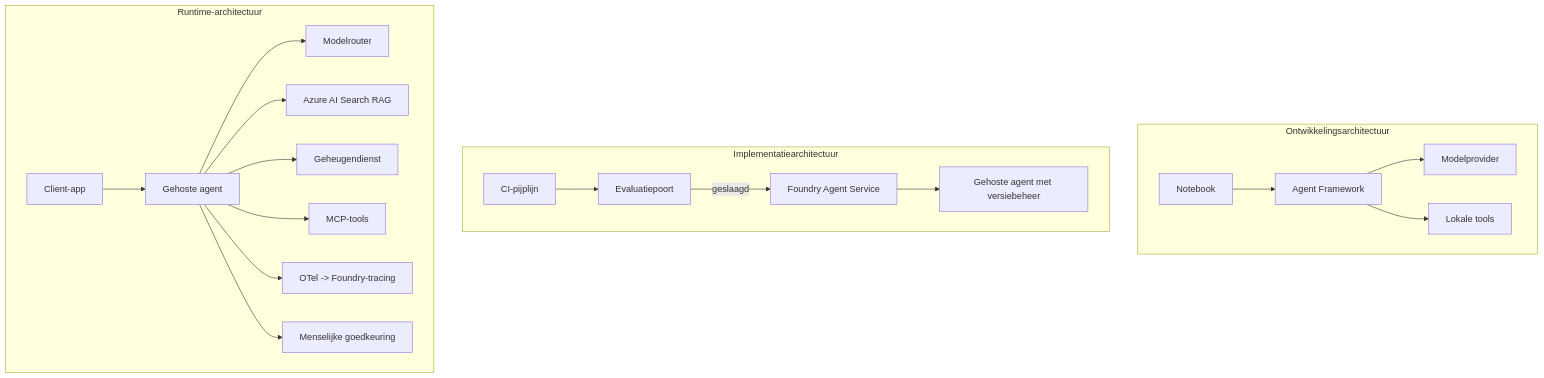
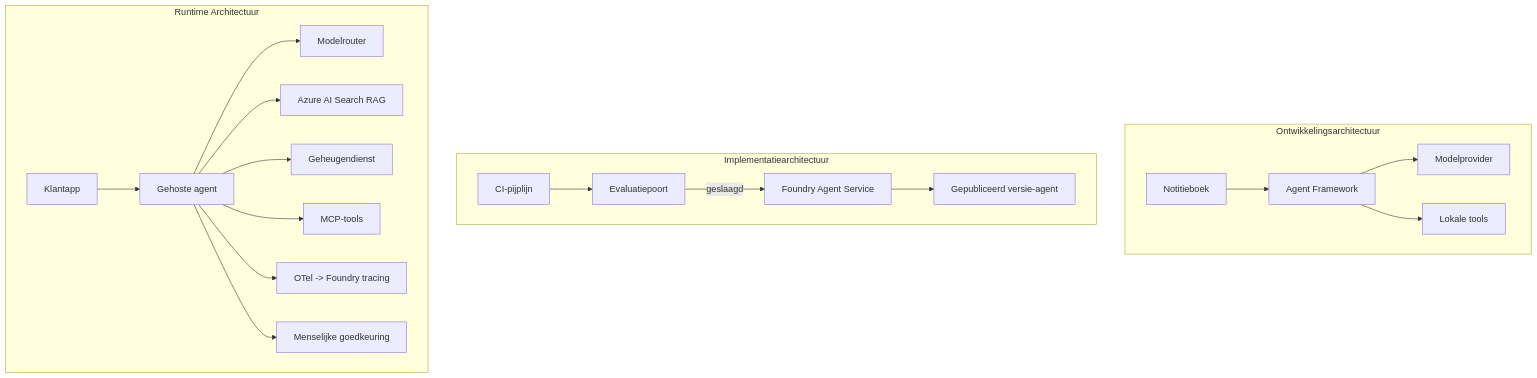
One commit to gabrielmoreira/agent-skills-mirror changed the fourth of 4 diagrams in mirrors/repos/microsoft@ai-agents-for-beginners/translations/nl/16-deploying-scalable-agents/README.md. Above: the diagram before and after it, drawn with Mermaid. The commit also changed other lines of this file and 4262 other files, not shown here.

````diff
--- a/mirrors/repos/microsoft@ai-agents-for-beginners/translations/nl/16-deploying-scalable-agents/README.md
+++ b/mirrors/repos/microsoft@ai-agents-for-beginners/translations/nl/16-deploying-scalable-agents/README.md
@@ -185,22 +185,22 @@
 ```mermaid
 flowchart TB
     subgraph Dev[Ontwikkelingsarchitectuur]
-        D1[Notebook] --> D2[Agent Framework]
+        D1[Notitieboek] --> D2[Agent Framework]
         D2 --> D3[Modelprovider]
         D2 --> D4[Lokale tools]
     end
     subgraph Deploy[Implementatiearchitectuur]
         E1[CI-pijplijn] --> E2[Evaluatiepoort]
         E2 -->|geslaagd| E3[Foundry Agent Service]
-        E3 --> E4[Gehoste agent met versiebeheer]
+        E3 --> E4[Gepubliceerd versie-agent]
     end
-    subgraph Run[Runtime-architectuur]
-        F1[Client-app] --> F2[Gehoste agent]
+    subgraph Run[Runtime Architectuur]
+        F1[Klantapp] --> F2[Gehoste agent]
         F2 --> F3[Modelrouter]
         F2 --> F4[Azure AI Search RAG]
         F2 --> F5[Geheugendienst]
         F2 --> F6[MCP-tools]
-        F2 --> F7[OTel -> Foundry-tracing]
+        F2 --> F7[OTel -> Foundry tracing]
         F2 --> F8[Menselijke goedkeuring]
     end
 ```
````
